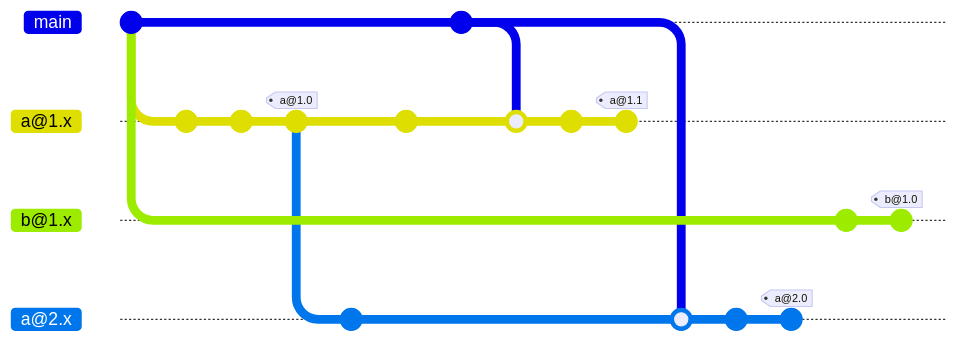
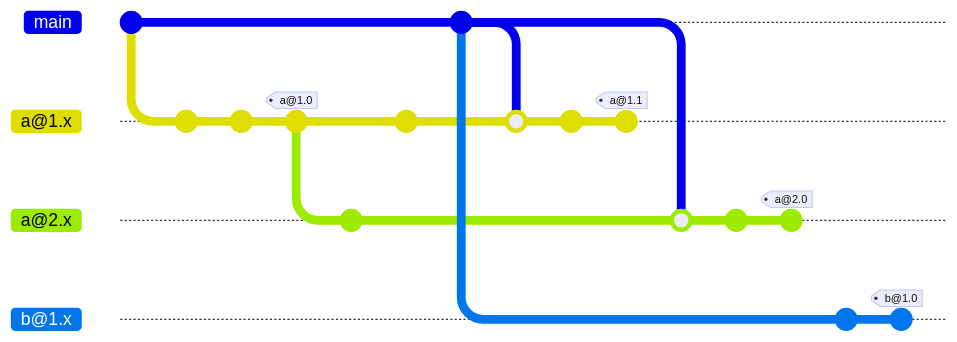
The third of 3 diagrams in docs/branching-strategies-for-package-monorepo.md (parksb/pedia), drawn with Mermaid before and after one commit. The commit also changed other lines of this file and 18 other files, not shown here. Commit ids are hidden.

````diff
--- a/docs/branching-strategies-for-package-monorepo.md
+++ b/docs/branching-strategies-for-package-monorepo.md
@@ -91,29 +93,29 @@
 ```mermaid
 gitGraph
     commit
     branch "a@1.x"
     checkout main
-    branch "b@1.x"
     checkout "a@1.x"
     commit
     commit
     commit tag:"a@1.0"
     branch "a@2.x"
     commit
     checkout "a@1.x"
     commit
     checkout main
     commit
+    branch "b@1.x"
     checkout "a@1.x"
     merge main
     commit
     commit tag:"a@1.1"
     checkout "a@2.x"
     merge main
     commit
     commit tag:"a@2.0"
     checkout main
     checkout "b@1.x"
     commit
     commit tag:"b@1.0"
 ```
````
